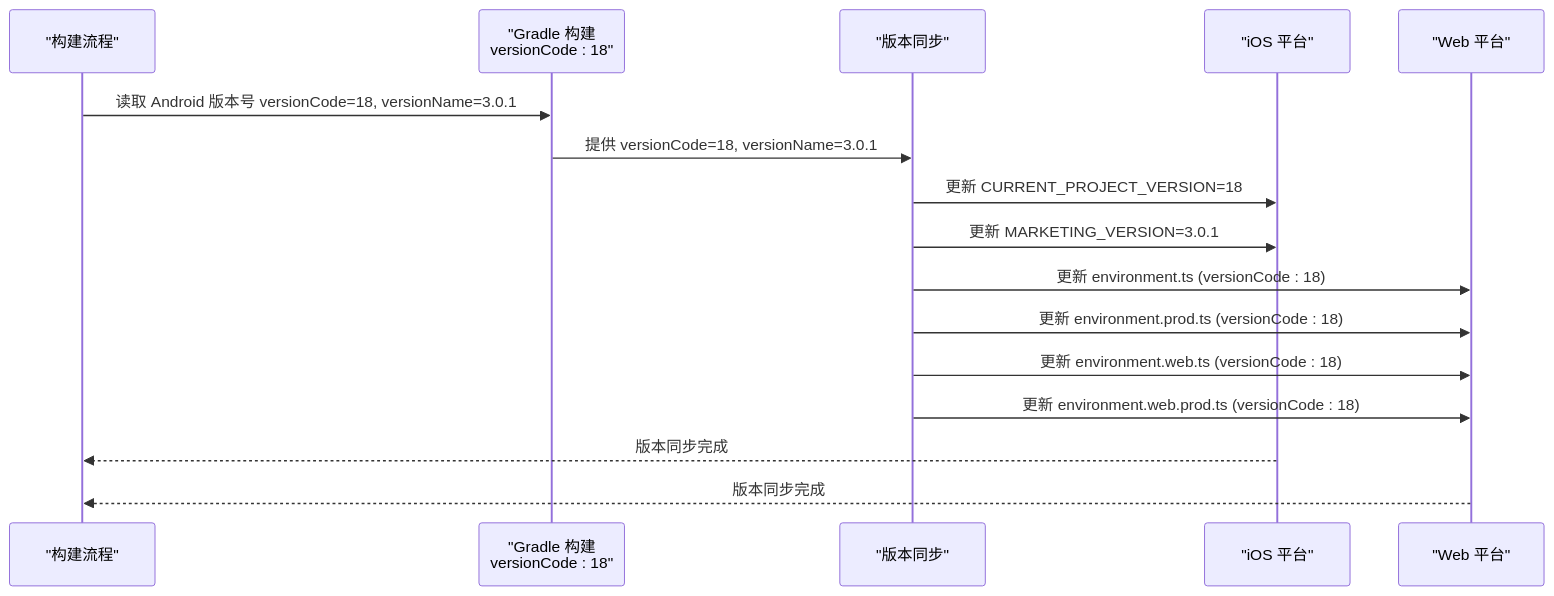
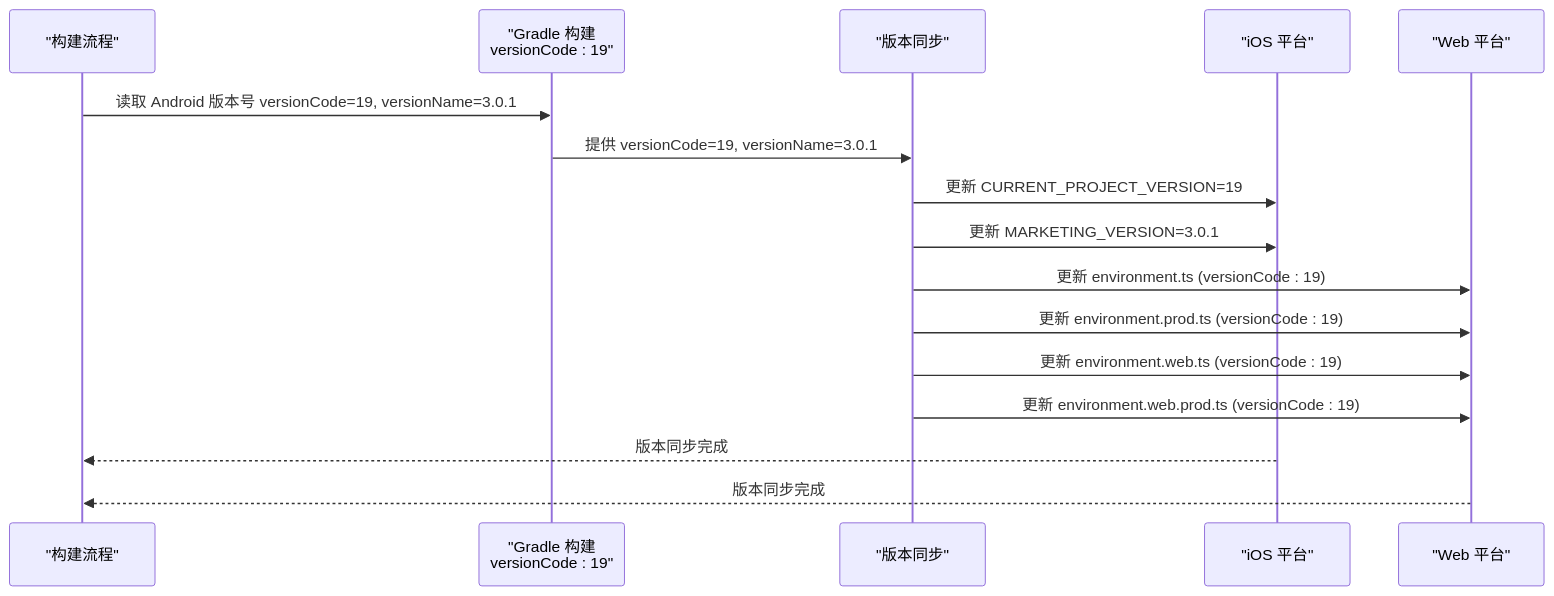
The fifth of 6 diagrams in .qoder/repowiki/zh/content/构建与部署/构建配置.md (tea4go/Macro-Deck-Client-App), drawn with Mermaid before and after one commit. The commit also changed other lines of this file and 46 other files, not shown here.

````diff
--- a/.qoder/repowiki/zh/content/构建与部署/构建配置.md
+++ b/.qoder/repowiki/zh/content/构建与部署/构建配置.md
@@ -907,18 +907,18 @@
 ```mermaid
 sequenceDiagram
 participant Build as "构建流程"
-participant Gradle as "Gradle 构建<br/>versionCode : 18"
+participant Gradle as "Gradle 构建<br/>versionCode : 19"
 participant Sync as "版本同步"
 participant iOS as "iOS 平台"
 participant Web as "Web 平台"
-Build->>Gradle : 读取 Android 版本号 versionCode=18, versionName=3.0.1
-Gradle->>Sync : 提供 versionCode=18, versionName=3.0.1
-Sync->>iOS : 更新 CURRENT_PROJECT_VERSION=18
+Build->>Gradle : 读取 Android 版本号 versionCode=19, versionName=3.0.1
+Gradle->>Sync : 提供 versionCode=19, versionName=3.0.1
+Sync->>iOS : 更新 CURRENT_PROJECT_VERSION=19
 Sync->>iOS : 更新 MARKETING_VERSION=3.0.1
-Sync->>Web : 更新 environment.ts (versionCode : 18)
-Sync->>Web : 更新 environment.prod.ts (versionCode : 18)
-Sync->>Web : 更新 environment.web.ts (versionCode : 18)
-Sync->>Web : 更新 environment.web.prod.ts (versionCode : 18)
+Sync->>Web : 更新 environment.ts (versionCode : 19)
+Sync->>Web : 更新 environment.prod.ts (versionCode : 19)
+Sync->>Web : 更新 environment.web.ts (versionCode : 19)
+Sync->>Web : 更新 environment.web.prod.ts (versionCode : 19)
 iOS-->>Build : 版本同步完成
 Web-->>Build : 版本同步完成
 ```
````
